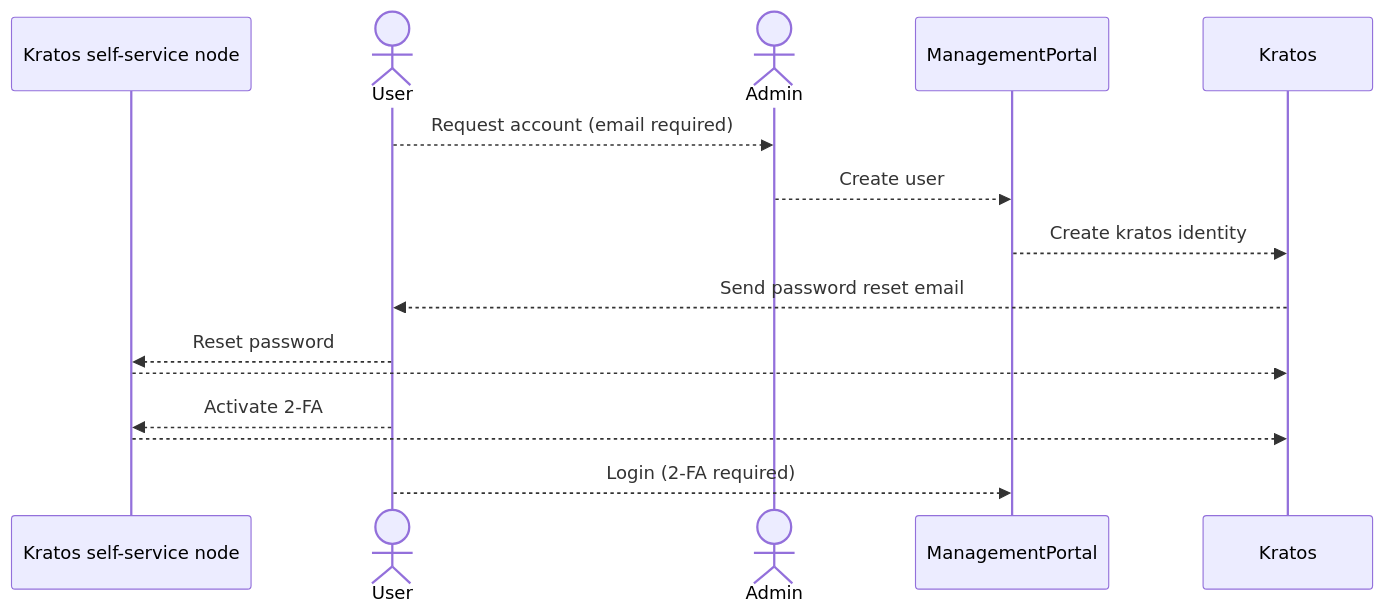
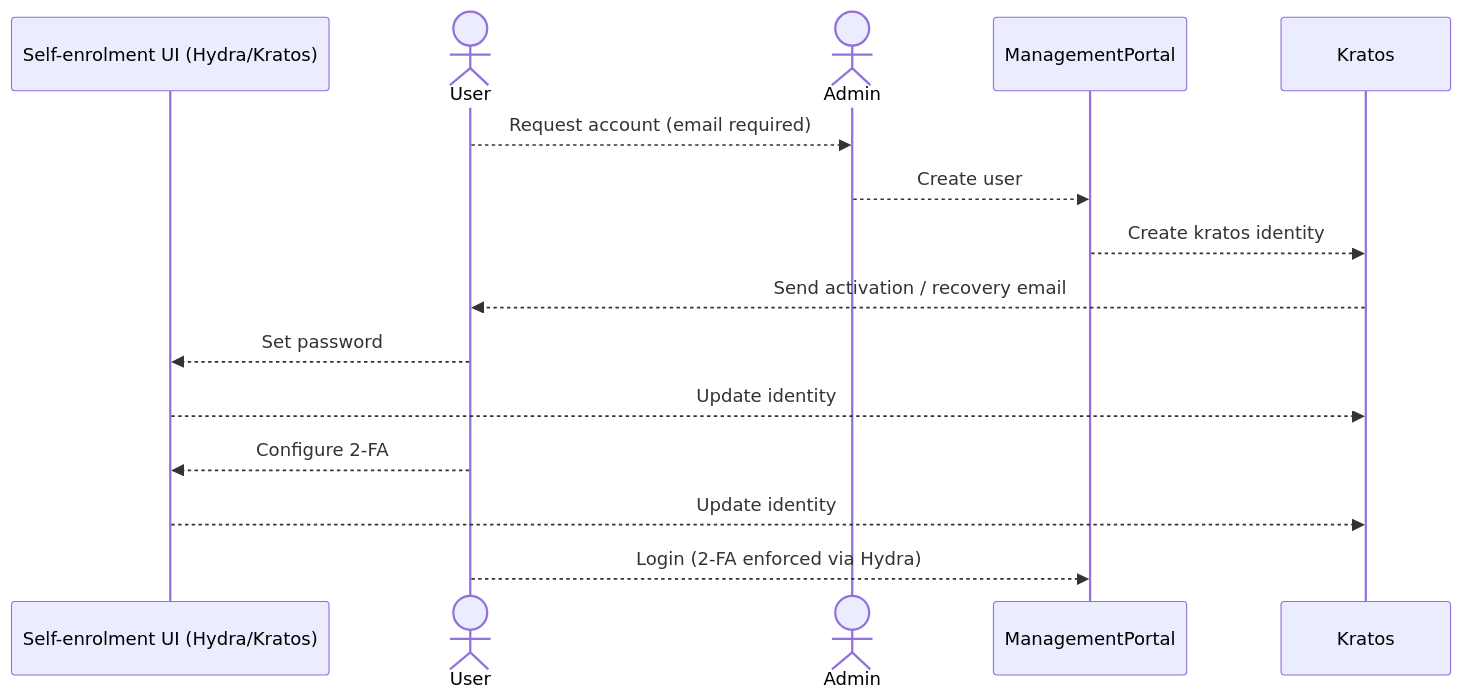
Before and after one commit to RADAR-base/ManagementPortal: the diagram in README.md, drawn with Mermaid. The commit also changed other lines of this file, not shown here.

````diff
--- a/README.md
+++ b/README.md
@@ -316,20 +316,19 @@
 ```mermaid
 sequenceDiagram
-    participant kratosUi as Kratos self-service node
+    participant selfEnrolUi as Self-enrolment UI (Hydra/Kratos)
     actor user as User
     actor researcher as Admin
     participant managementPortal as ManagementPortal
     participant kratos as Kratos
 
-
     #== User Registration ==
     user -->> researcher: Request account (email required)
     researcher -->> managementPortal: Create user
     managementPortal -->> kratos: Create kratos identity
-    kratos -->> user: Send password reset email
-    user -->> kratosUi: Reset password
-    kratosUi -->> kratos: 
-    user -->> kratosUi: Activate 2-FA
-    kratosUi -->> kratos: 
-    user -->> managementPortal: Login (2-FA required)
+    kratos -->> user: Send activation / recovery email
+    user -->> selfEnrolUi: Set password
+    selfEnrolUi -->> kratos: Update identity
+    user -->> selfEnrolUi: Configure 2-FA
+    selfEnrolUi -->> kratos: Update identity
+    user -->> managementPortal: Login (2-FA enforced via Hydra)
 ```
````
